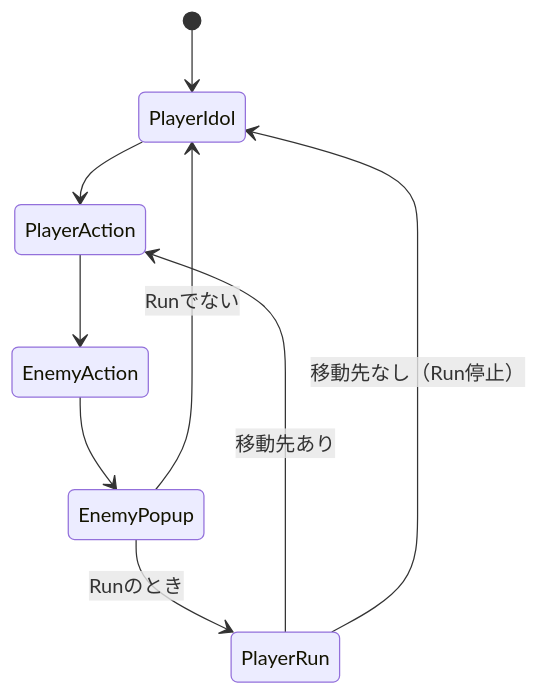
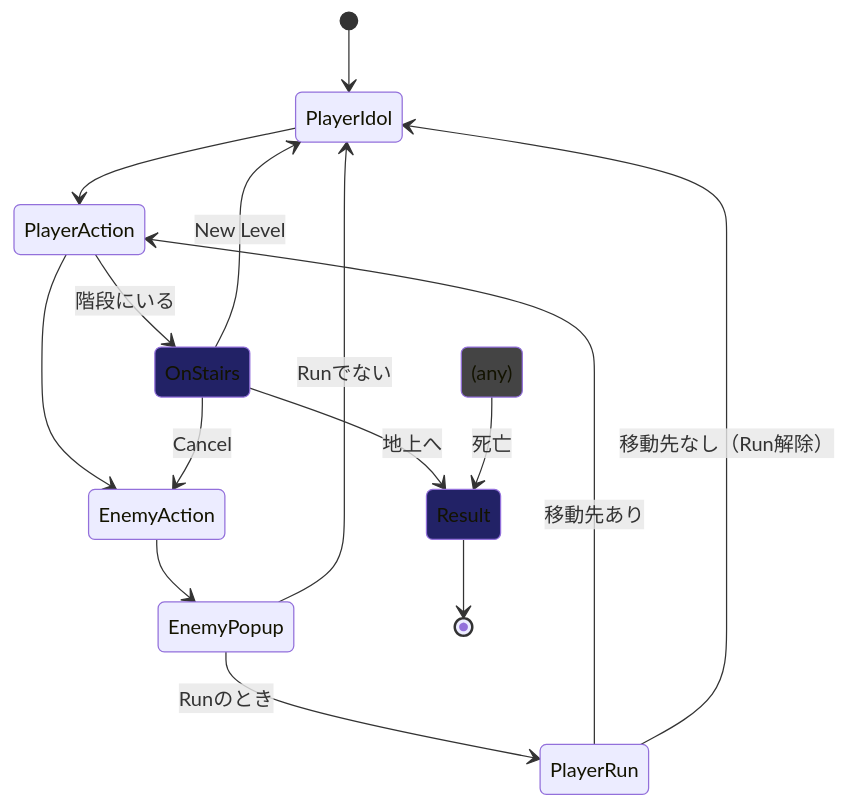
Before and after one commit to nowsprinting/RoguelikeExample: the diagram in README.md, drawn with Mermaid. The commit also changed 22 other files, not shown here.

````diff
--- a/README.md
+++ b/README.md
@@ -47,12 +47,23 @@
 ```mermaid
 stateDiagram-v2
+    classDef UI fill:#226
+    classDef Any fill:#444
+
     [*] --> PlayerIdol
     PlayerIdol --> PlayerAction
     PlayerAction --> EnemyAction
     EnemyAction --> EnemyPopup
     EnemyPopup --> PlayerIdol: Runでない
 
     EnemyPopup --> PlayerRun: Runのとき
-    PlayerRun --> PlayerAction : 移動先あり
-    PlayerRun --> PlayerIdol: 移動先なし（Run停止）
+    PlayerRun --> PlayerAction: 移動先あり
+    PlayerRun --> PlayerIdol: 移動先なし（Run解除）
+
+    PlayerAction --> OnStairs:::UI: 階段にいる
+    OnStairs --> EnemyAction: Cancel
+    OnStairs --> PlayerIdol: New Level
+    OnStairs --> Result:::UI: 地上へ
+    Result --> [*]
+
+    (any):::Any --> Result: 死亡
 ```
````
